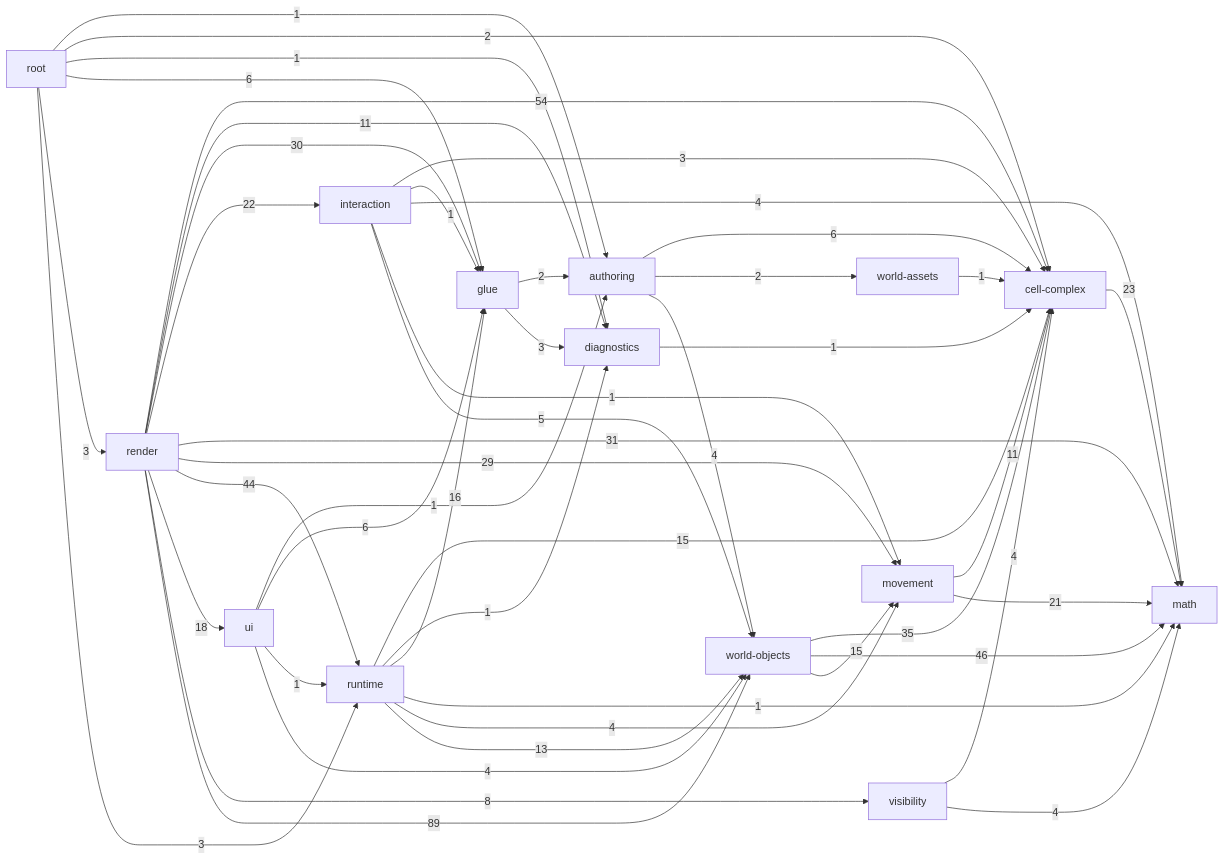
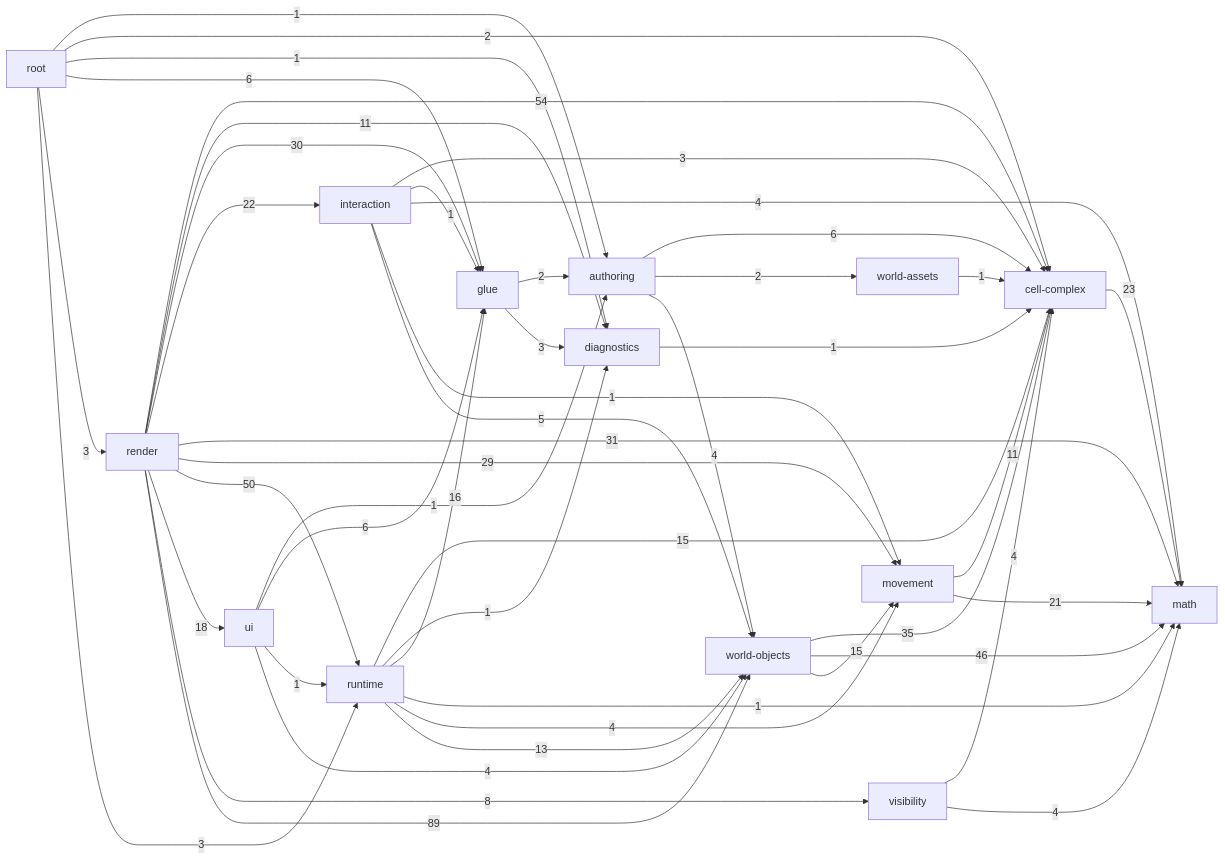
One commit to guraltsev/noneuclid-fpv changed the diagram in _docs/generated/ARCHITECTURE_REFERENCE.md. Above: the diagram before and after it, drawn with Mermaid. The commit also changed other lines of this file and 8 other files, not shown here.

````diff
--- a/_docs/generated/ARCHITECTURE_REFERENCE.md
+++ b/_docs/generated/ARCHITECTURE_REFERENCE.md
@@ -35,63 +35,63 @@
 ```mermaid
 flowchart LR
   math["math"]
   cell_complex["cell-complex"]
   diagnostics["diagnostics"]
   visibility["visibility"]
   movement["movement"]
   world_assets["world-assets"]
   world_objects["world-objects"]
   authoring["authoring"]
   glue["glue"]
   interaction["interaction"]
   runtime["runtime"]
   ui["ui"]
   render["render"]
   root["root"]
   authoring -->|6| cell_complex
   authoring -->|2| world_assets
   authoring -->|4| world_objects
   cell_complex -->|23| math
   diagnostics -->|1| cell_complex
   glue -->|2| authoring
   glue -->|3| diagnostics
   interaction -->|3| cell_complex
   interaction -->|1| glue
   interaction -->|4| math
   interaction -->|1| movement
   interaction -->|5| world_objects
   movement -->|11| cell_complex
   movement -->|21| math
   render -->|54| cell_complex
   render -->|11| diagnostics
   render -->|30| glue
   render -->|22| interaction
   render -->|31| math
   render -->|29| movement
-  render -->|44| runtime
+  render -->|50| runtime
   render -->|18| ui
   render -->|8| visibility
   render -->|89| world_objects
   root -->|1| authoring
   root -->|2| cell_complex
   root -->|1| diagnostics
   root -->|6| glue
   root -->|3| render
   root -->|3| runtime
   runtime -->|15| cell_complex
   runtime -->|1| diagnostics
   runtime -->|16| glue
   runtime -->|1| math
   runtime -->|4| movement
   runtime -->|13| world_objects
   ui -->|1| authoring
   ui -->|6| glue
   ui -->|1| runtime
   ui -->|4| world_objects
   visibility -->|4| cell_complex
   visibility -->|4| math
   world_assets -->|1| cell_complex
   world_objects -->|35| cell_complex
   world_objects -->|46| math
   world_objects -->|15| movement
 ```
````
